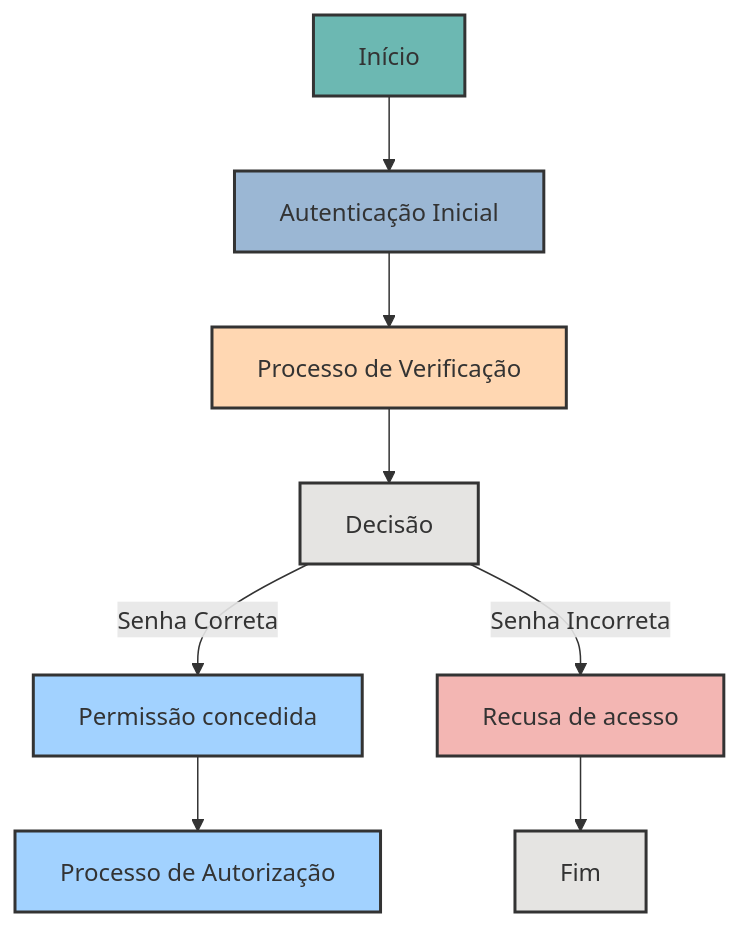
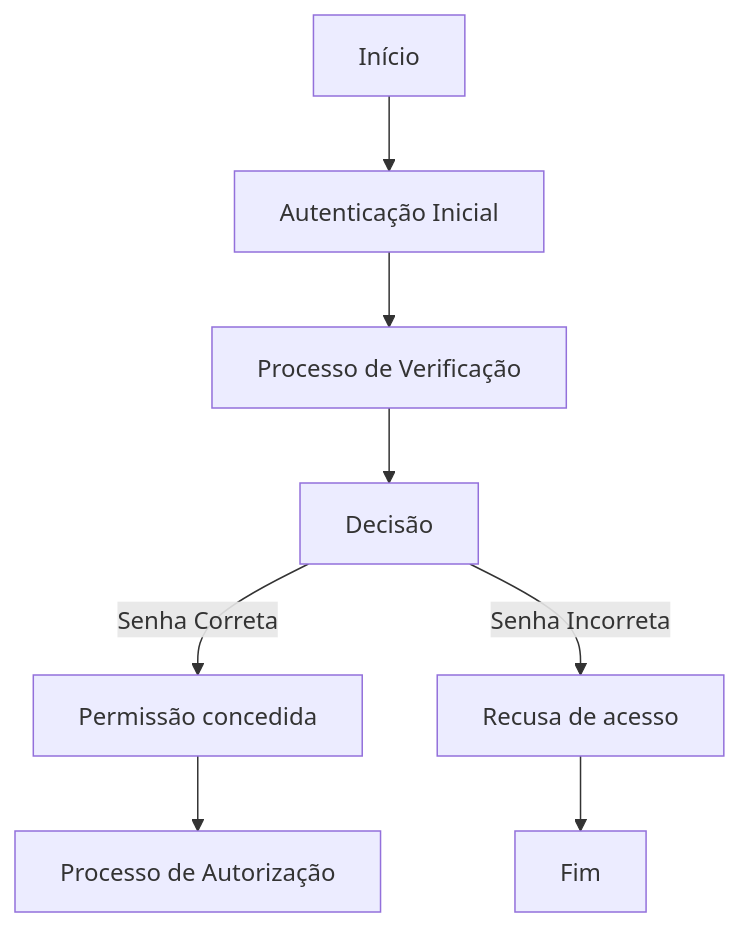
One commit to dvizioon/CRIP-TEXTO changed the diagram in README.md. Above: the diagram before and after it, drawn with Mermaid.

Commit message:
UP<README>

````diff
--- a/README.md
+++ b/README.md
@@ -76,19 +76,10 @@
 ```mermaid
 graph TD;
     A[Início] --> B[Autenticação Inicial];
     B --> C[Processo de Verificação];
     C --> D[Decisão];
     D -- Senha Correta --> E[Permissão concedida];
     D -- Senha Incorreta --> F[Recusa de acesso];
     E --> G[Processo de Autorização];
     F --> H[Fim];
-
-    style A fill:#6CB8B2,stroke:#333,stroke-width:2px;
-    style B fill:#9BB7D4,stroke:#333,stroke-width:2px;
-    style C fill:#FFD7B2,stroke:#333,stroke-width:2px;
-    style D fill:#E5E4E2,stroke:#333,stroke-width:2px;
-    style E fill:#A2D2FF,stroke:#333,stroke-width:2px;
-    style F fill:#F3B6B3,stroke:#333,stroke-width:2px;
-    style G fill:#A2D2FF,stroke:#333,stroke-width:2px;
-    style H fill:#E5E4E2,stroke:#333,stroke-width:2px;
 ```
````
